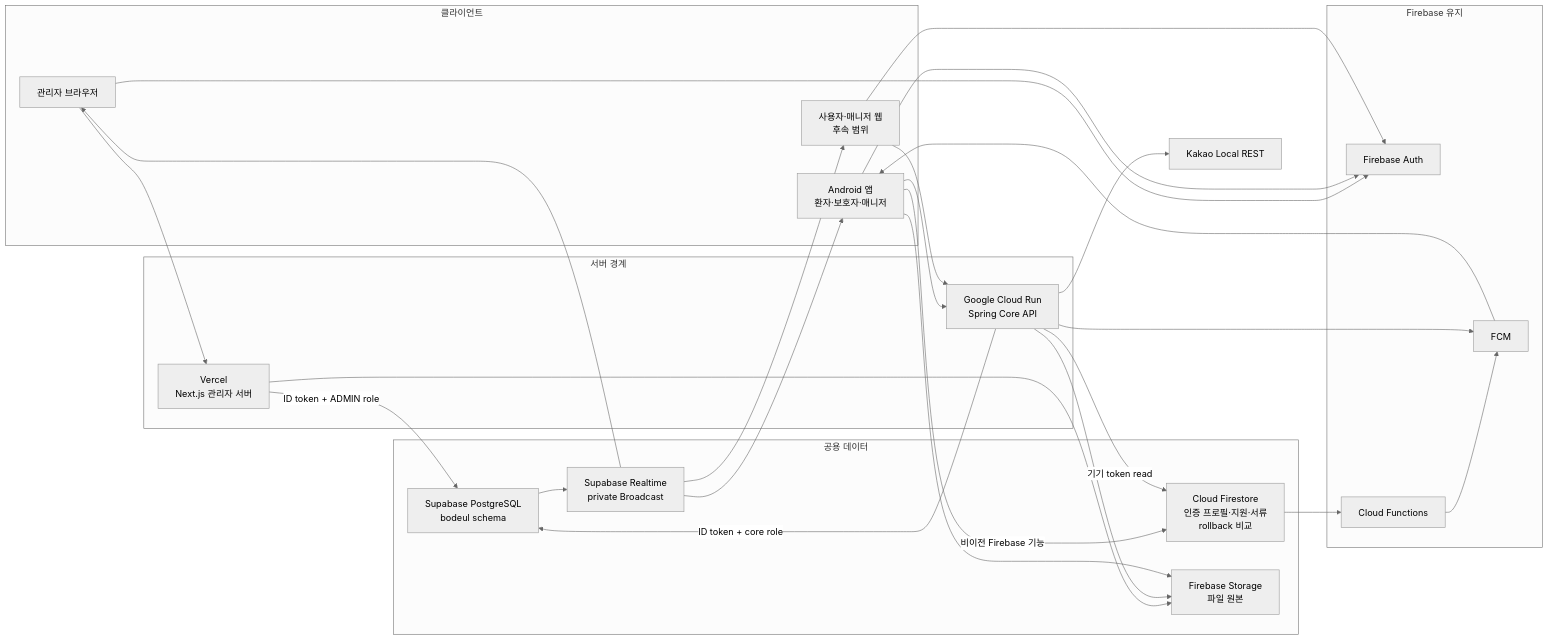
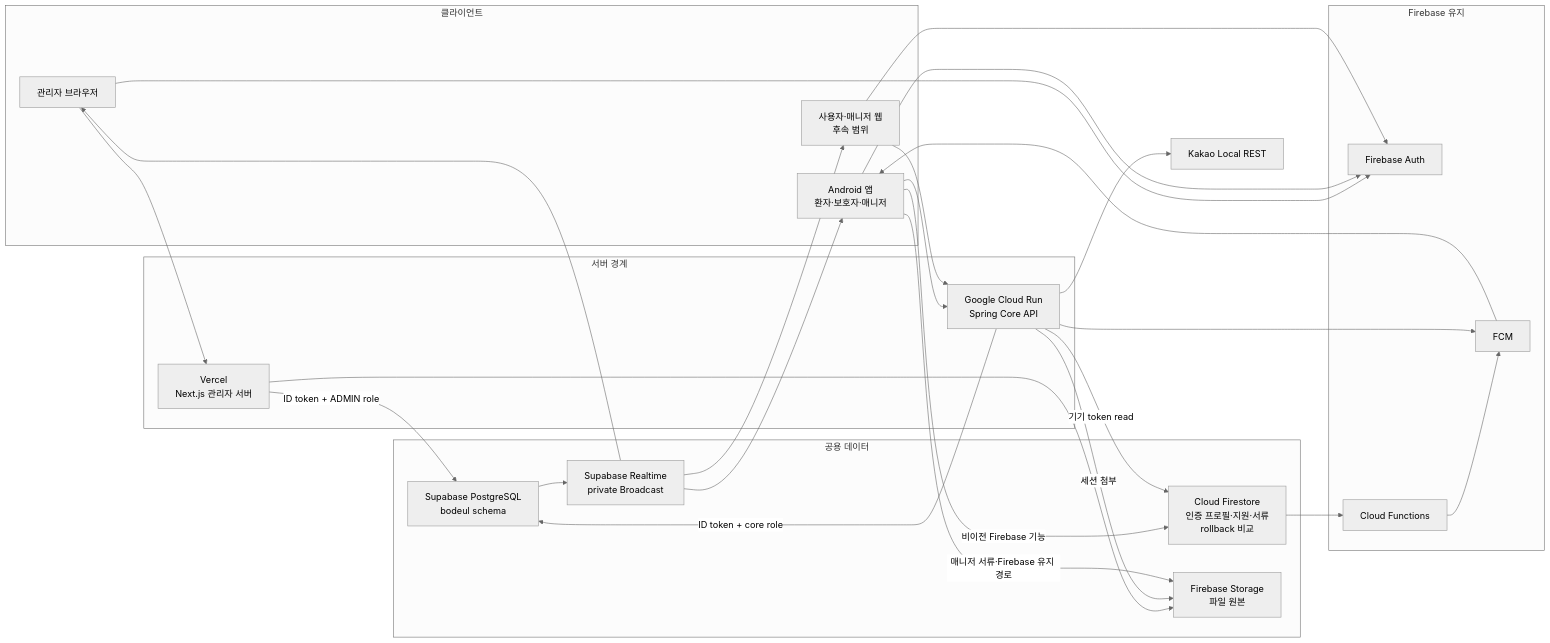
The diagram in docs/architecture/infra-overview.md (bodeul110/Bodeul), drawn with Mermaid (neutral theme) before and after one commit. The commit also changed other lines of this file and 29 other files, not shown here.

````diff
--- a/docs/architecture/infra-overview.md
+++ b/docs/architecture/infra-overview.md
@@ -14,51 +14,51 @@
 ```mermaid
 flowchart LR
   subgraph Clients["클라이언트"]
     Admin["관리자 브라우저"]
     Android["Android 앱\n환자·보호자·매니저"]
     UserWeb["사용자·매니저 웹\n후속 범위"]
   end
 
   subgraph Servers["서버 경계"]
     AdminNext["Vercel\nNext.js 관리자 서버"]
     CoreApi["Google Cloud Run\nSpring Core API"]
   end
 
   subgraph Data["공용 데이터"]
     Postgres["Supabase PostgreSQL\nbodeul schema"]
     Realtime["Supabase Realtime\nprivate Broadcast"]
     Firestore["Cloud Firestore\n인증 프로필·지원·서류\nrollback 비교"]
     Storage["Firebase Storage\n파일 원본"]
   end
 
   subgraph Firebase["Firebase 유지"]
     Auth["Firebase Auth"]
     Functions["Cloud Functions"]
     FCM["FCM"]
   end
 
   Kakao["Kakao Local REST"]
 
   Admin --> AdminNext
   Android --> CoreApi
   UserWeb --> CoreApi
   Admin --> Auth
   Android --> Auth
   UserWeb --> Auth
   AdminNext -->|"ID token + ADMIN role"| Postgres
   CoreApi -->|"ID token + core role"| Postgres
   Postgres --> Realtime
   Realtime --> Android
   Realtime --> UserWeb
   Realtime --> Admin
   AdminNext --> Storage
-  CoreApi --> Storage
+  CoreApi -->|"세션 첨부"| Storage
   Android -->|"비이전 Firebase 기능"| Firestore
-  Android --> Storage
+  Android -->|"매니저 서류·Firebase 유지 경로"| Storage
   CoreApi -->|"기기 token read"| Firestore
   Firestore --> Functions
   Functions --> FCM
   CoreApi --> FCM
   FCM --> Android
   CoreApi --> Kakao
 ```
````
